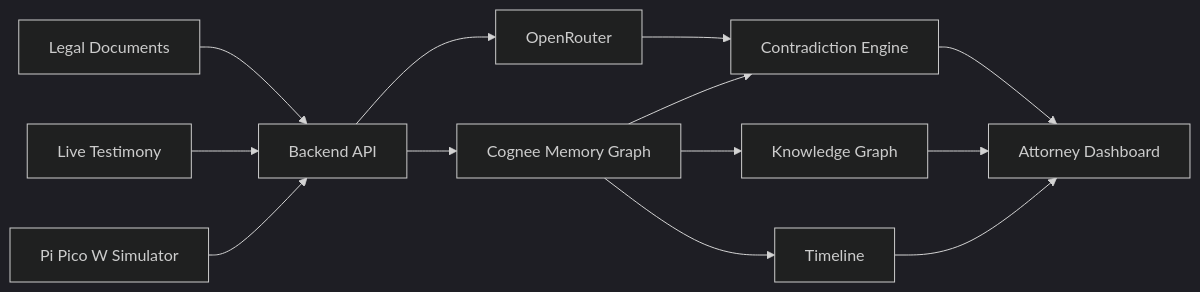
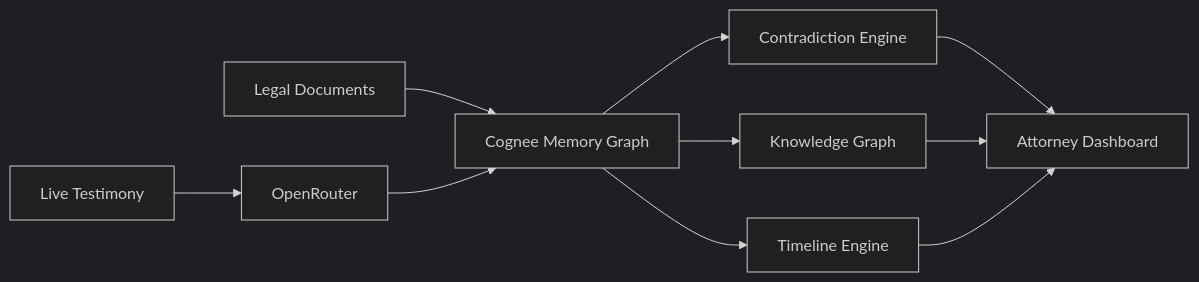
The first of 3 diagrams in README.md (Danish26-dev/Crosslens), drawn with Mermaid (dark theme) before and after one commit. The commit also changed other lines of this file, not shown here.

````diff
--- a/README.md
+++ b/README.md
@@ -185,31 +146,23 @@
 ```mermaid
 flowchart LR
 
 A[Legal Documents]
 B[Live Testimony]
-C[Pi Pico W Simulator]
-D[Backend API]
-E[OpenRouter]
-F[Cognee Memory Graph]
-G[Contradiction Engine]
-H[Knowledge Graph]
-I[Timeline]
-J[Attorney Dashboard]
+C[OpenRouter]
+D[Cognee Memory Graph]
+E[Contradiction Engine]
+F[Knowledge Graph]
+G[Timeline Engine]
+H[Attorney Dashboard]
 
 A --> D
-B --> D
+B --> C
 C --> D
-
 D --> E
 D --> F
+D --> G
 
-E --> G
-F --> G
-
+E --> H
 F --> H
-F --> I
-
-G --> J
-H --> J
-I --> J
+G --> H
 ```
````
